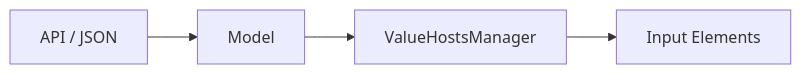
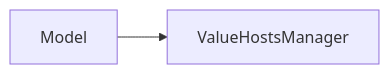
The first of 5 diagrams in docs/Learning_Jivs/Initializing_the_Client_Form.md (plblum/jivs), drawn with Mermaid before and after one commit. The commit also changed other lines of this file and 5 other files, not shown here.

````diff
--- a/docs/Learning_Jivs/Initializing_the_Client_Form.md
+++ b/docs/Learning_Jivs/Initializing_the_Client_Form.md
@@ -13,6 +31,4 @@
 ```mermaid
 flowchart LR
-    API["API / JSON"] --> MODEL["Model"]
-    MODEL --> VHM["ValueHostsManager"]
-    VHM --> INPUT["Input Elements"]
+    MODEL["Model"] --> VHM["ValueHostsManager"]
 ```
````
